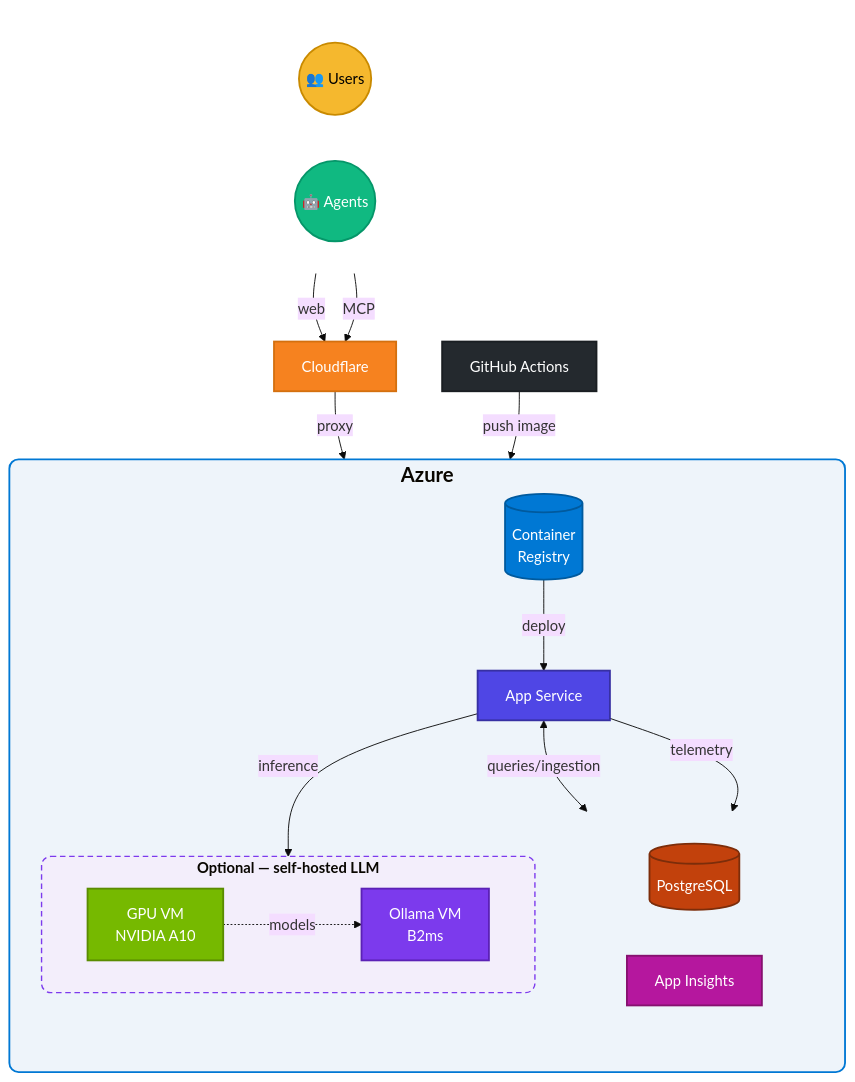
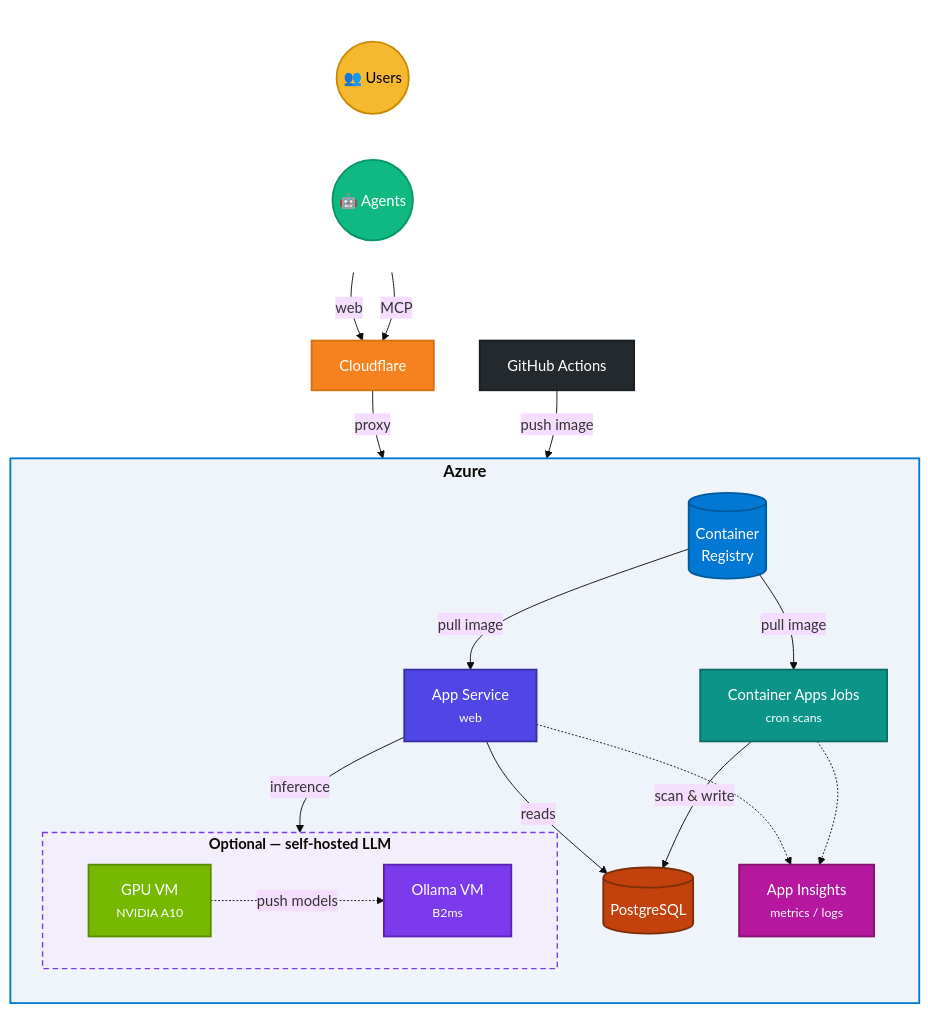
The first of 2 diagrams in README.md (atomassi/rbac-catalog), drawn with Mermaid (base theme) before and after one commit. The commit also changed other lines of this file and 4 other files, not shown here.

First line of the commit message:
docs: update architecture docs, Copilot guide, and smoke tests

````diff
--- a/README.md
+++ b/README.md
@@ -137,52 +133,55 @@
 ```mermaid
 flowchart TD
     subgraph Clients[" "]
         direction LR
         USER((👥 Users)):::user
         AI((🤖 Agents)):::ai
     end
+
+    CDN[Cloudflare]:::cdn
     GH[GitHub Actions]:::github
-    CDN[Cloudflare]:::cdn
-    
-    subgraph AZ ["<span style='font-size:22px;font-weight:bold'>Azure</span>"]
+
+    subgraph AZ ["<b><span style='font-size:18px'>Azure</span></b>"]
         direction TB
         CR[(Container<br/>Registry)]:::azure
-        AS[App Service]:::appsvc
-        subgraph DATA [" "]
+        AS[App Service<br/><small>web</small>]:::appsvc
+        CAJ[Container Apps Jobs<br/><small>cron scans</small>]:::jobs
+        PG[(PostgreSQL)]:::db
+        INSIGHTS[App Insights<br/><small>metrics / logs</small>]:::monitor
+
+        subgraph OPT ["<b>Optional — self-hosted LLM</b>"]
             direction LR
-            PG[(PostgreSQL)]:::db
-            INSIGHTS[App Insights]:::monitor
-        end
-        subgraph OPT ["<span style='font-weight:bold'>Optional — self-hosted LLM</span>"]
-            direction LR
-            GPU[GPU VM<br/>NVIDIA A10]:::gpu
-            OL[Ollama VM<br/>B2ms]:::ollama
+            OL[Ollama VM<br/><small>B2ms</small>]:::ollama
+            GPU[GPU VM<br/><small>NVIDIA A10</small>]:::gpu
         end
     end
-    
+
     USER -->|web| CDN
     AI -->|MCP| CDN
     CDN -->|proxy| AS
     GH -->|push image| CR
-    CR -->|deploy| AS
-    AS <-->|queries/ingestion| PG
-    AS -->|telemetry| INSIGHTS
+    CR -->|pull image| AS
+    CR -->|pull image| CAJ
+    AS -->|reads| PG
+    CAJ -->|scan & write| PG
+    AS -.-> INSIGHTS
+    CAJ -.-> INSIGHTS
     AS -->|inference| OL
-    GPU -.->|models| OL
-    
+    GPU -.->|push models| OL
+
     classDef user fill:#F5B82E,color:#000,stroke:#C98A00,stroke-width:2px
     classDef ai fill:#10B981,color:#fff,stroke:#059669,stroke-width:2px
     classDef github fill:#24292e,color:#fff,stroke:#1a1e22,stroke-width:2px
     classDef cdn fill:#F6821F,color:#fff,stroke:#d4700f,stroke-width:2px
     classDef azure fill:#0078D4,color:#fff,stroke:#005a9e,stroke-width:2px
     classDef appsvc fill:#4F46E5,color:#fff,stroke:#3730A3,stroke-width:2px
+    classDef jobs fill:#0D9488,color:#fff,stroke:#0A6E66,stroke-width:2px
     classDef db fill:#C2410C,color:#fff,stroke:#7C2D0A,stroke-width:2px
     classDef ollama fill:#7C3AED,color:#fff,stroke:#5B21B6,stroke-width:2px
     classDef gpu fill:#76B900,color:#fff,stroke:#5a8c00,stroke-width:2px
     classDef monitor fill:#B5179E,color:#fff,stroke:#86116F,stroke-width:2px
-    
-    style AZ fill:#EEF4FA,stroke:#0078D4,stroke-width:2px,rx:10
-    style DATA fill:none,stroke:none
-    style OPT fill:#F3EEFB,stroke:#7C3AED,stroke-width:1.5px,stroke-dasharray:6 4,rx:10
+
+    style AZ fill:#EEF4FA,stroke:#0078D4,stroke-width:2px
+    style OPT fill:#F3EEFB,stroke:#7C3AED,stroke-width:1.5px,stroke-dasharray:6 4
     style Clients fill:none,stroke:none
 ```
````
